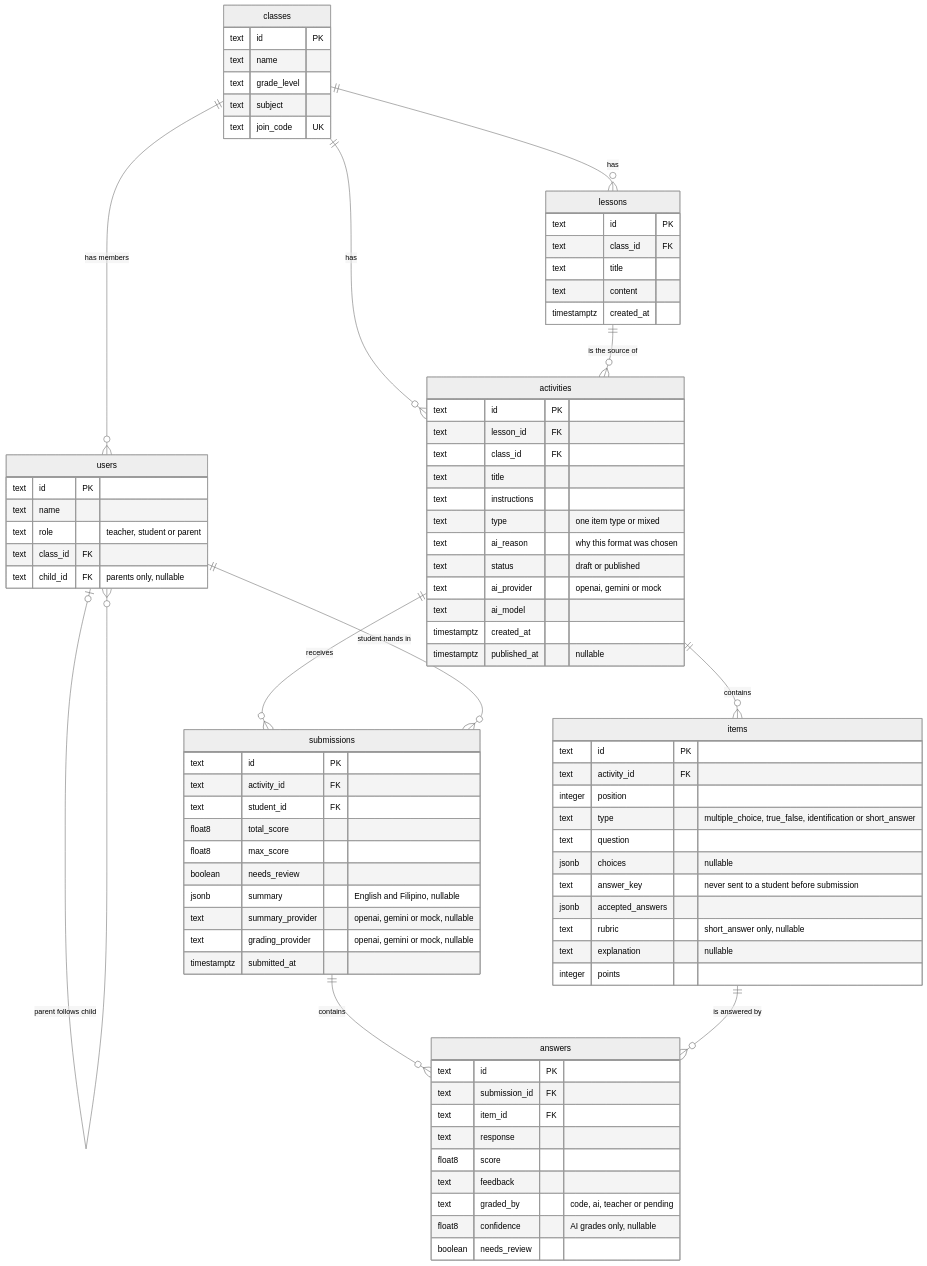
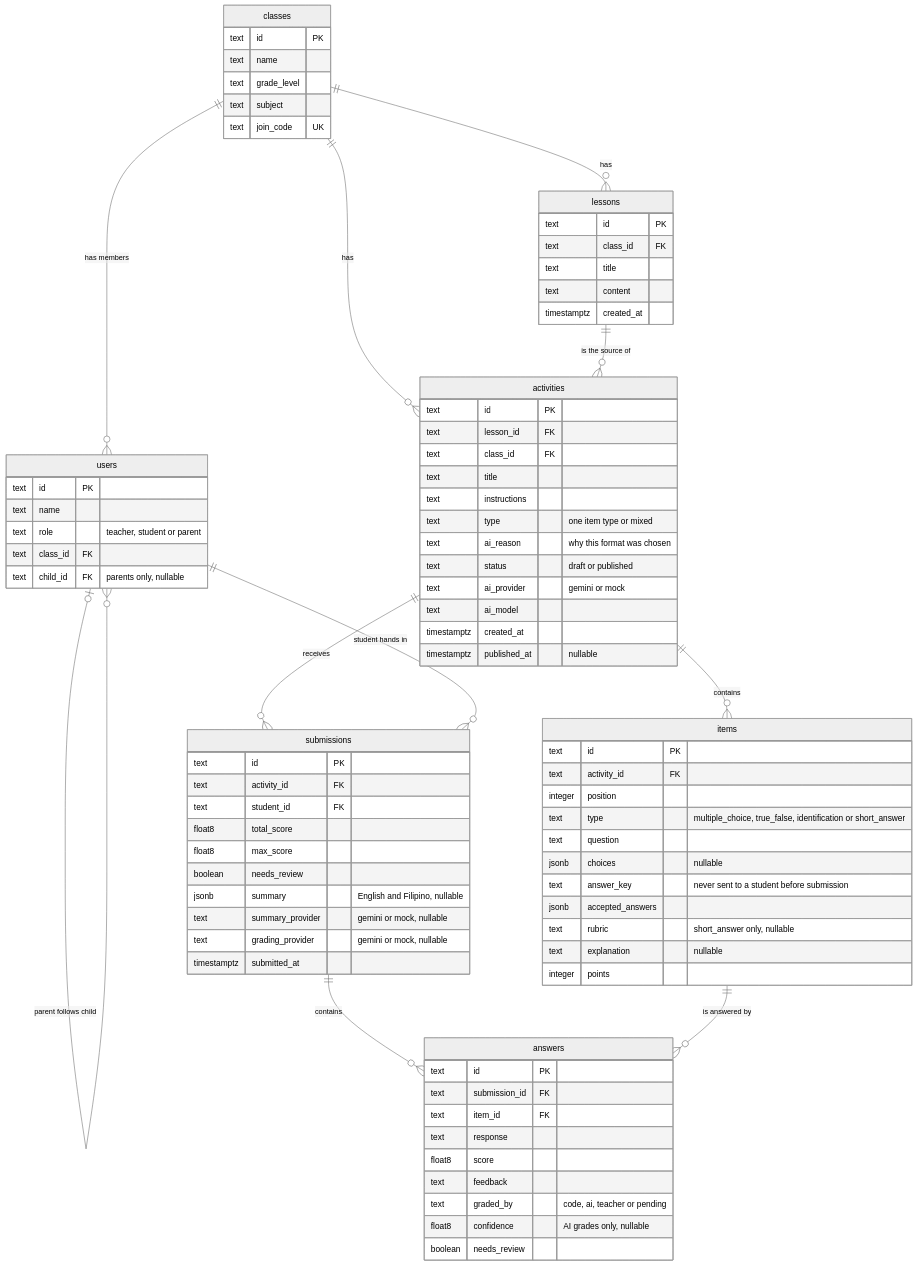
Before and after one commit to Vade-30/aralloop: the third of 3 diagrams in docs/ARCHITECTURE.md, drawn with Mermaid (neutral theme). The commit also changed other lines of this file and 24 other files, not shown here.

```diff
--- a/docs/ARCHITECTURE.md
+++ b/docs/ARCHITECTURE.md
@@ -241,7 +239,7 @@
     text type "one item type or mixed"
     text ai_reason "why this format was chosen"
     text status "draft or published"
-    text ai_provider "openai, gemini or mock"
+    text ai_provider "gemini or mock"
     text ai_model
     timestamptz created_at
     timestamptz published_at "nullable"
@@ -269,8 +267,8 @@
     float8 max_score
     boolean needs_review
     jsonb summary "English and Filipino, nullable"
-    text summary_provider "openai, gemini or mock, nullable"
-    text grading_provider "openai, gemini or mock, nullable"
+    text summary_provider "gemini or mock, nullable"
+    text grading_provider "gemini or mock, nullable"
     timestamptz submitted_at
   }
 
```
